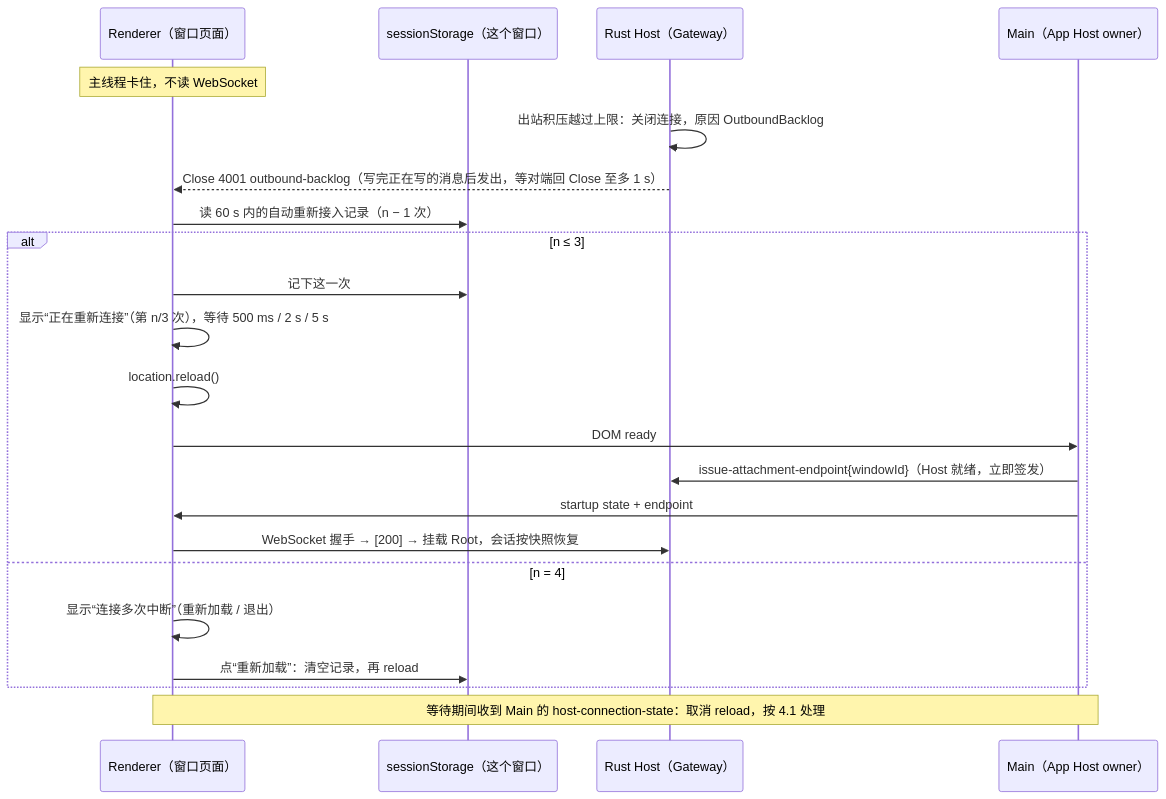
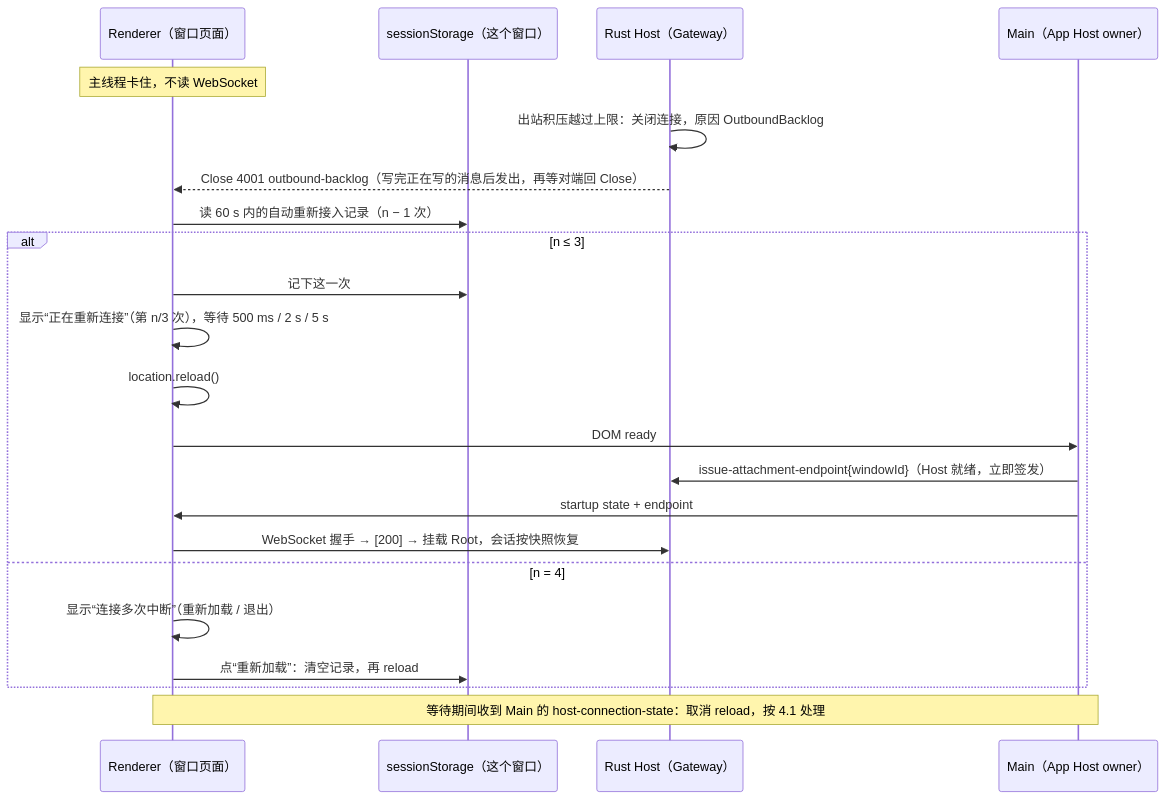
The second of 2 diagrams in docs/specs/rust-host-resilience.md (Madin-H23/ZCode-rs), drawn with Mermaid before and after one commit. The commit also changed 10 other files, not shown here.

````diff
--- a/docs/specs/rust-host-resilience.md
+++ b/docs/specs/rust-host-resilience.md
@@ -152,24 +152,24 @@
 ```mermaid
 sequenceDiagram
     participant P as Renderer（窗口页面）
     participant S as sessionStorage（这个窗口）
     participant H as Rust Host（Gateway）
     participant M as Main（App Host owner）
     Note over P: 主线程卡住，不读 WebSocket
     H->>H: 出站积压越过上限：关闭连接，原因 OutboundBacklog
-    H-->>P: Close 4001 outbound-backlog（写完正在写的消息后发出，等对端回 Close 至多 1 s）
+    H-->>P: Close 4001 outbound-backlog（写完正在写的消息后发出，再等对端回 Close）
     P->>S: 读 60 s 内的自动重新接入记录（n − 1 次）
     alt n ≤ 3
         P->>S: 记下这一次
         P->>P: 显示“正在重新连接”（第 n/3 次），等待 500 ms / 2 s / 5 s
         P->>P: location.reload()
         P->>M: DOM ready
         M->>H: issue-attachment-endpoint{windowId}（Host 就绪，立即签发）
         M->>P: startup state + endpoint
         P->>H: WebSocket 握手 → [200] → 挂载 Root，会话按快照恢复
     else n = 4
         P->>P: 显示“连接多次中断”（重新加载 / 退出）
         P->>S: 点“重新加载”：清空记录，再 reload
     end
     Note over P,M: 等待期间收到 Main 的 host-connection-state：取消 reload，按 4.1 处理
 ```
````
